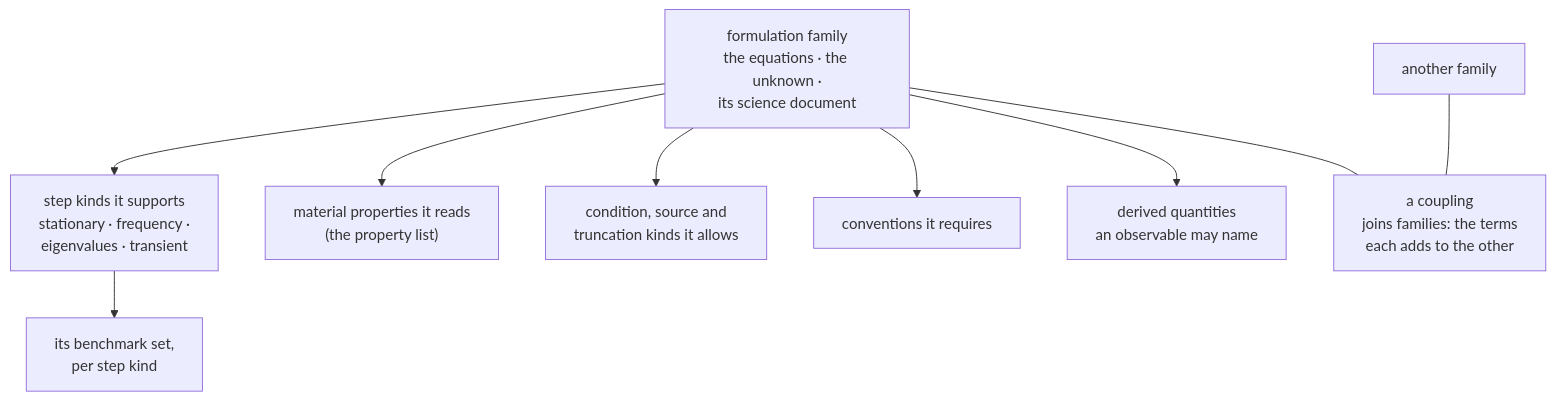
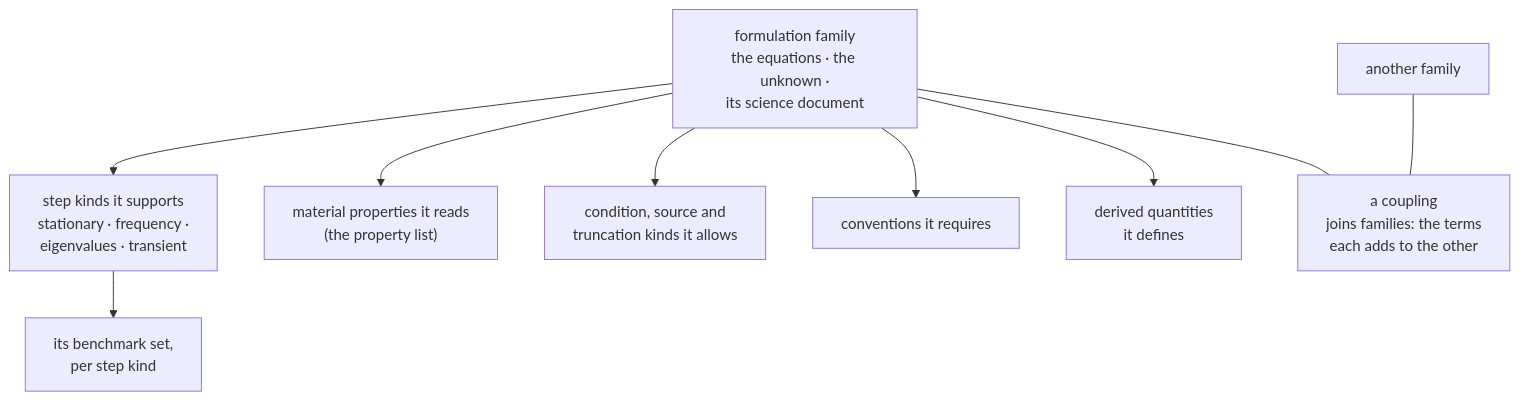
Before and after one commit to Qing-LAB/femkit: the second of 2 diagrams in docs/contracts/models.md, drawn with Mermaid. The commit also changed other lines of this file and 512 other files, not shown here.

````diff
--- a/docs/contracts/models.md
+++ b/docs/contracts/models.md
@@ -231,12 +423,12 @@
 ```mermaid
 flowchart TB
     F["formulation family<br/>the equations · the unknown ·<br/>its science document"]
     F --> K["step kinds it supports<br/>stationary · frequency ·<br/>eigenvalues · transient"]
     F --> P["material properties it reads<br/>(the property list)"]
     F --> C["condition, source and<br/>truncation kinds it allows"]
     F --> V["conventions it requires"]
-    F --> D["derived quantities<br/>an observable may name"]
+    F --> D["derived quantities<br/>it defines"]
     K --> B["its benchmark set,<br/>per step kind"]
     F2["another family"] --- CP["a coupling<br/>joins families: the terms<br/>each adds to the other"]
     F --- CP
 ```
````
